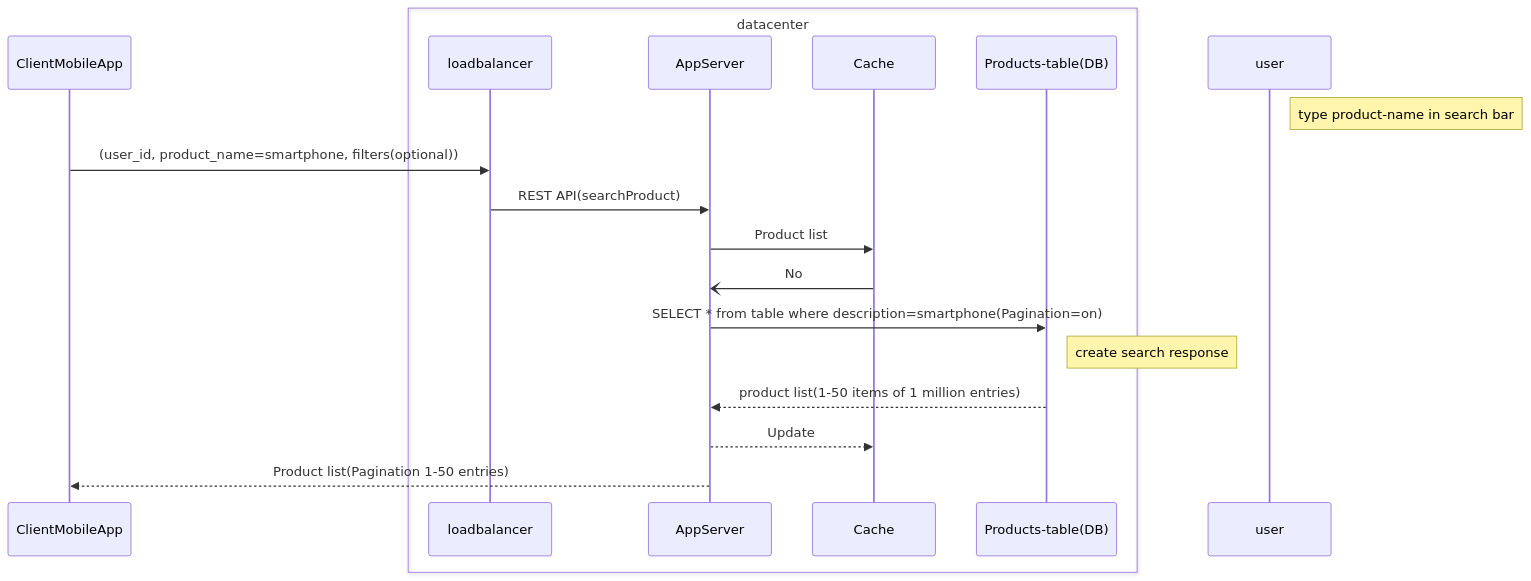
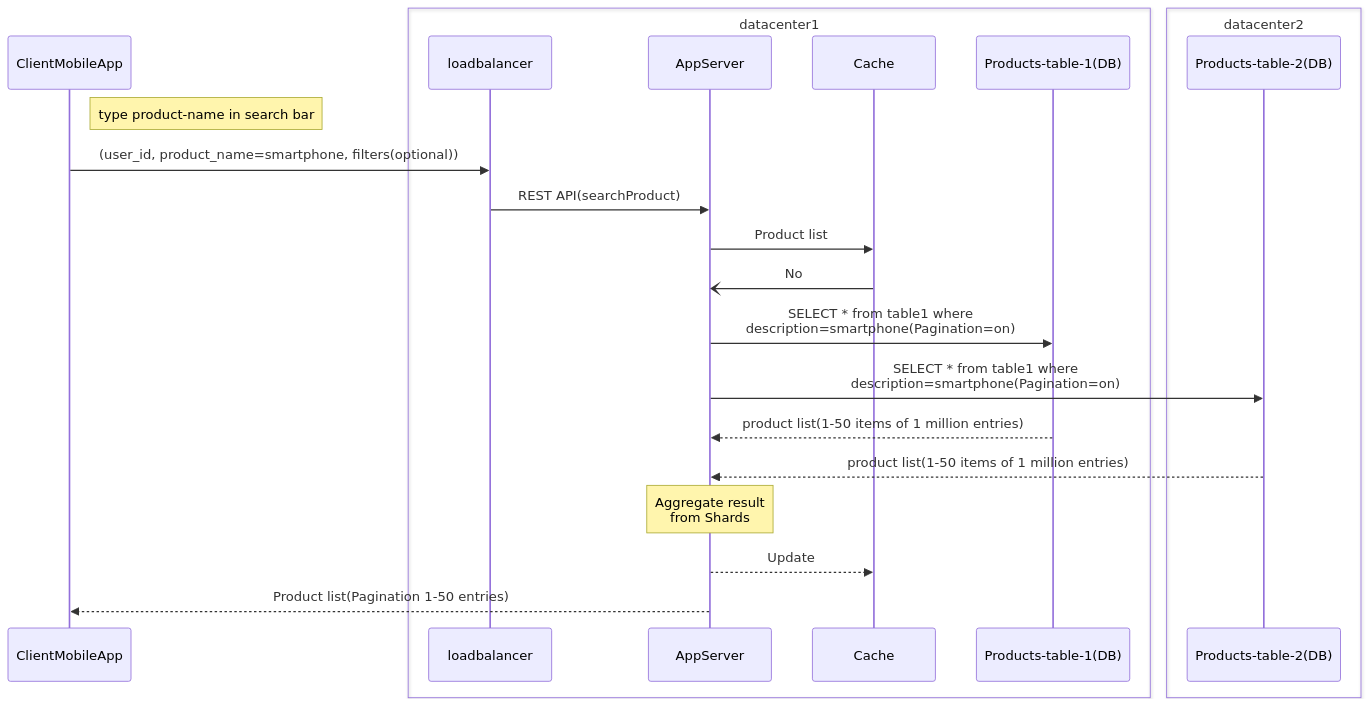
The second of 2 diagrams in System-Design/Scalable/Ecommerce_Systems/Amazon/README.adoc (code-with-amitk/Code-examples), drawn with Mermaid before and after one commit. The commit also changed other lines of this file, not shown here.

````diff
--- a/System-Design/Scalable/Ecommerce_Systems/Amazon/README.adoc
+++ b/System-Design/Scalable/Ecommerce_Systems/Amazon/README.adoc
@@ -116,22 +116,27 @@
 ```mermaid
 sequenceDiagram
   participant u as ClientMobileApp
-  box datacenter
+  box datacenter1
   participant lb as loadbalancer
   participant app as AppServer
   participant ca as Cache
-  participant ptdb as Products-table(DB)
+  participant ptdb1 as Products-table-1(DB)
+  end
+  box datacenter2
+  participant ptdb2 as Products-table-2(DB)
   end
 
-  Note right of user: type product-name in search bar
+  Note right of u: type product-name in search bar
   u ->> lb: (user_id, product_name=smartphone, filters(optional))
   
   lb ->> app: REST API(searchProduct)
   app ->> ca: Product list
   ca -) app: No
-  app ->> ptdb: SELECT * from table where description=smartphone(Pagination=on)
-  Note right of ptdb: create search response
-  ptdb -->> app: product list(1-50 items of 1 million entries)
+  app ->> ptdb1: SELECT * from table1 where <br>description=smartphone(Pagination=on)
+  app ->> ptdb2: SELECT * from table1 where <br>description=smartphone(Pagination=on)
+  ptdb1 -->> app: product list(1-50 items of 1 million entries)
+  ptdb2 -->> app: product list(1-50 items of 1 million entries)
+  Note over app: Aggregate result<br>from Shards
   app -->> ca: Update
   app -->> u: Product list(Pagination 1-50 entries)
 ```
````
